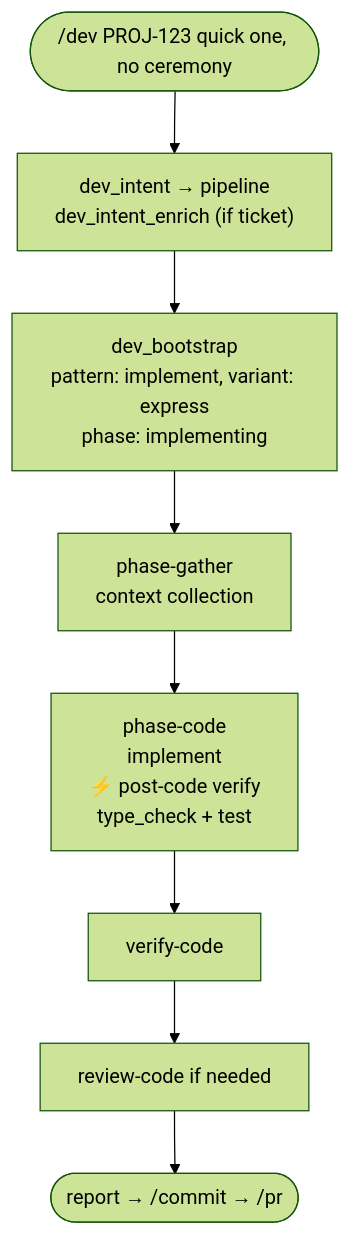
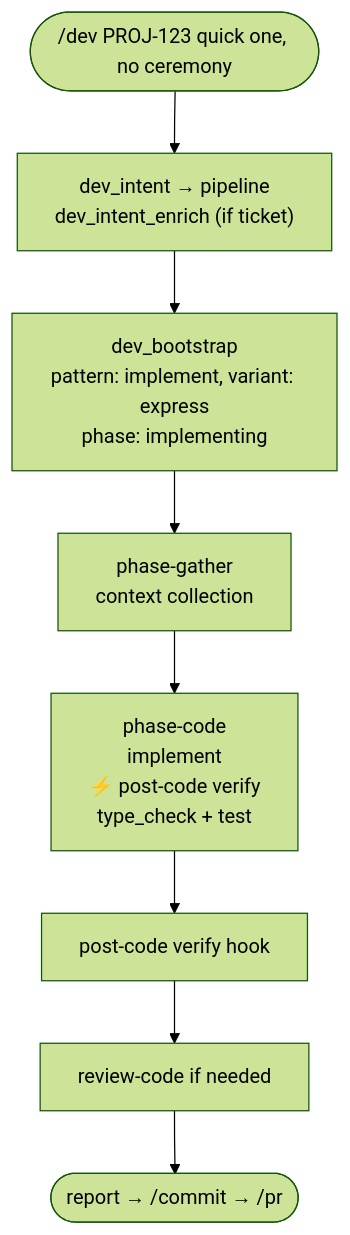
The fourth of 8 diagrams in docs/pipeline.md (cshirley/accord), drawn with Mermaid (forest theme) before and after one commit. The commit also changed other lines of this file and 21 other files, not shown here.

````diff
--- a/docs/pipeline.md
+++ b/docs/pipeline.md
@@ -96,10 +96,10 @@
 ```mermaid
 flowchart TD
     START(["/dev PROJ-123 quick one, no ceremony"]) --> INTENT["dev_intent → pipeline<br/>dev_intent_enrich (if ticket)"]
     INTENT --> BOOT["dev_bootstrap<br/>pattern: implement, variant: express<br/>phase: implementing"]
     BOOT --> GATHER["phase-gather<br/>context collection"]
     GATHER --> CODE["phase-code<br/>implement<br/>⚡ post-code verify<br/>type_check + test"]
-    CODE --> VERIFY["verify-code"]
+    CODE --> VERIFY["post-code verify hook"]
     VERIFY --> RC["review-code if needed"]
     RC --> REPORT(["report → /commit → /pr"])
 ```
````
